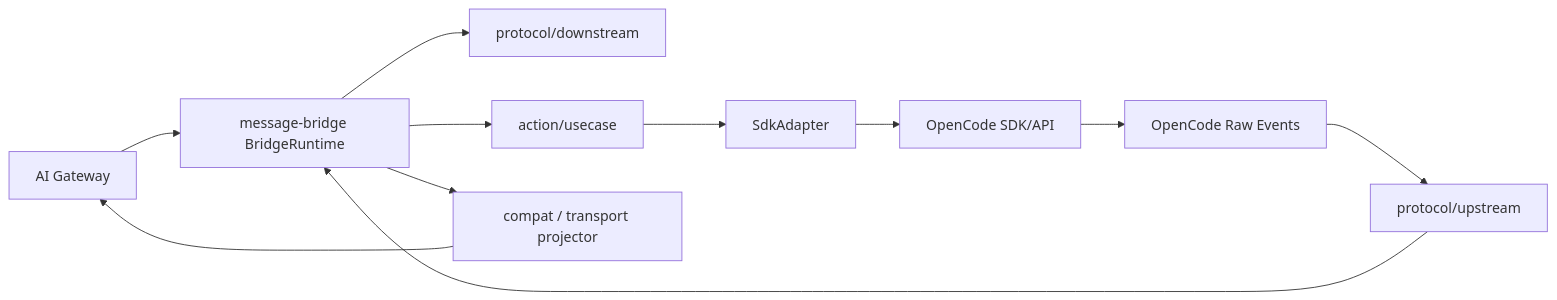
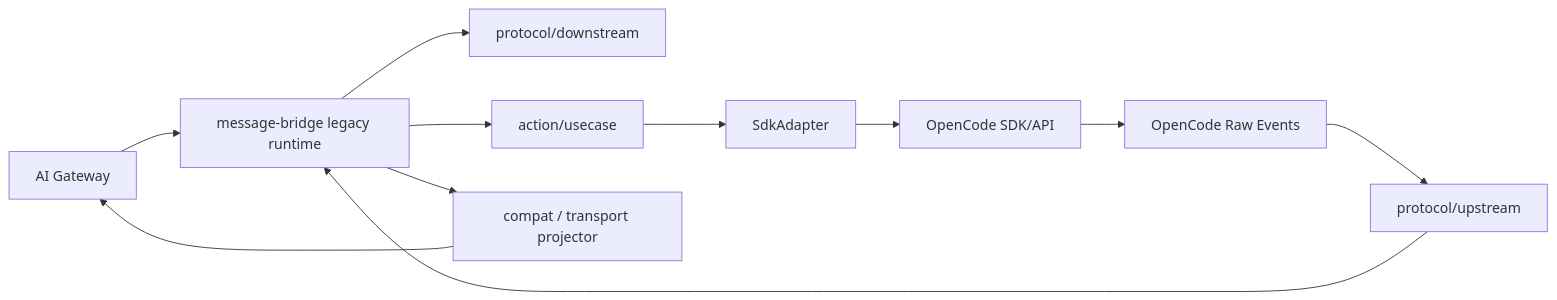
The first of 12 diagrams in plugins/message-bridge/docs/design/message-bridge-sdk-migration-solution.md (yuzhangCZ/agent-plugin), drawn with Mermaid before and after one commit. The commit also changed other lines of this file and 7 other files, not shown here.

````diff
--- a/plugins/message-bridge/docs/design/message-bridge-sdk-migration-solution.md
+++ b/plugins/message-bridge/docs/design/message-bridge-sdk-migration-solution.md
@@ -87,14 +87,14 @@
 ```mermaid
 flowchart LR
-  GW[AI Gateway] --> RT[message-bridge BridgeRuntime]
+  GW[AI Gateway] --> RT[message-bridge legacy runtime]
   RT --> PROTOD[protocol/downstream]
   RT --> ACT[action/usecase]
   ACT --> SDKA[SdkAdapter]
   SDKA --> OC[OpenCode SDK/API]
 
   OC --> RAW[OpenCode Raw Events]
   RAW --> PROTOU[protocol/upstream]
   PROTOU --> RT
   RT --> COMPAT[compat / transport projector]
   COMPAT --> GW
 ```
````
